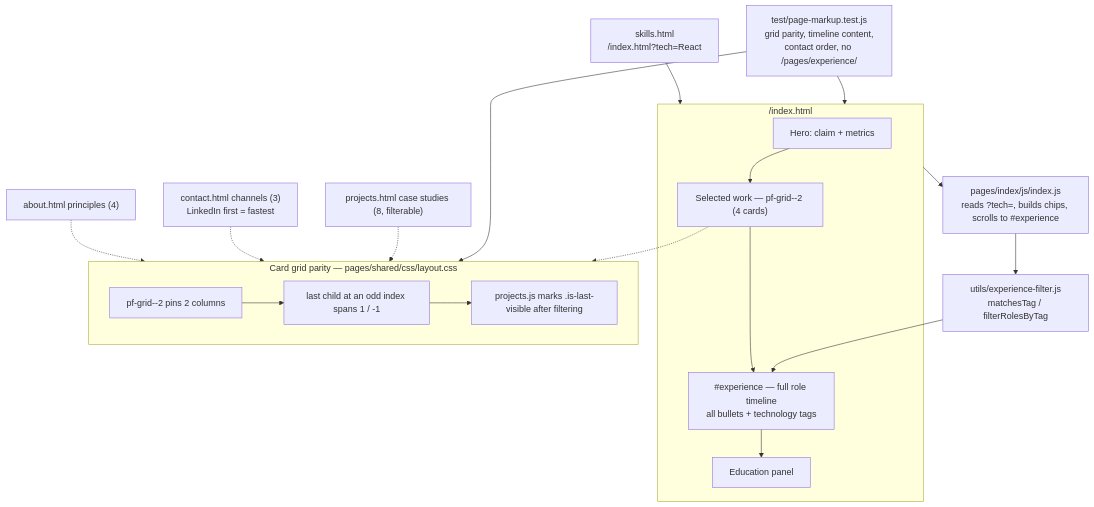
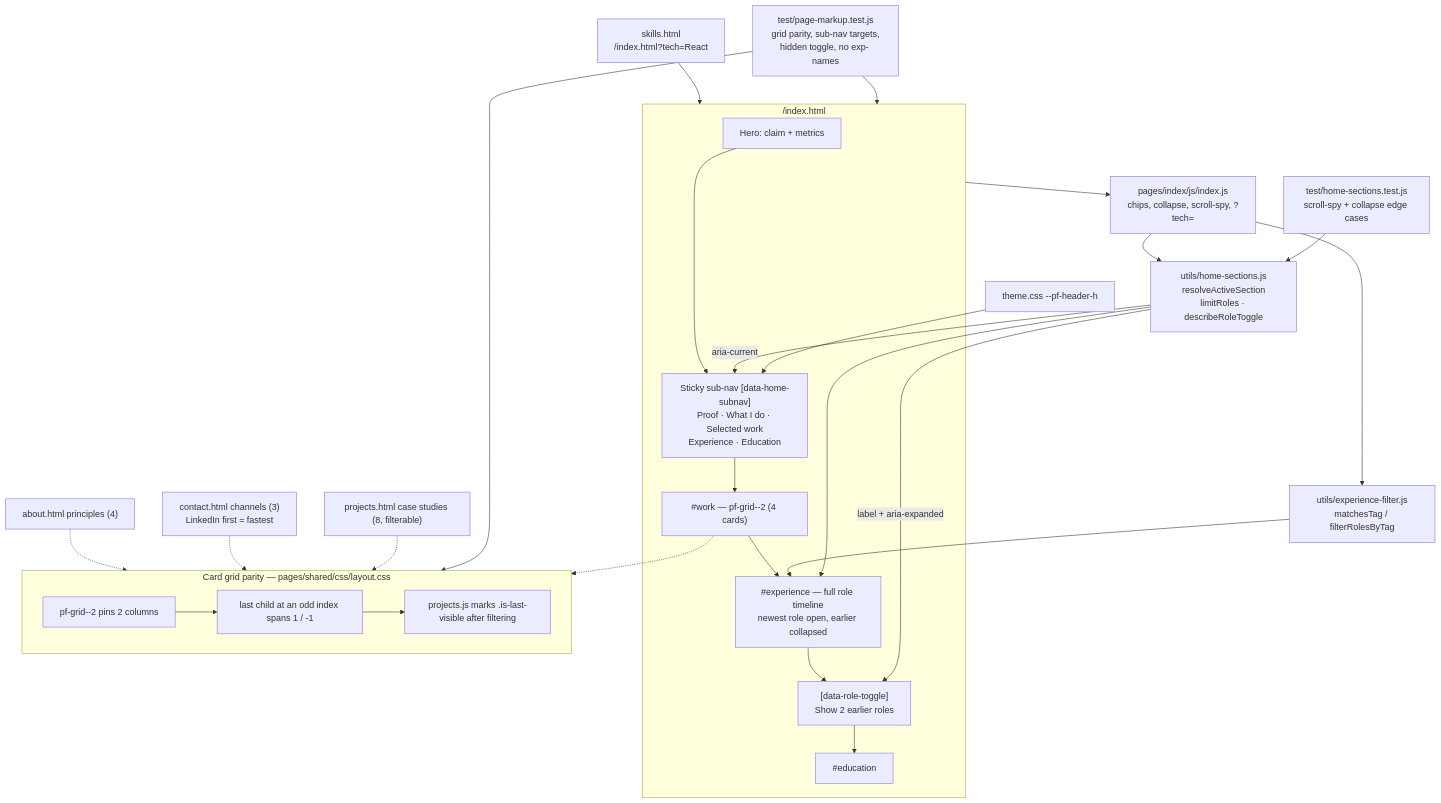
One commit to Jamieatucker/portfolio changed the diagram in diagrams/home-timeline-flow.mmd. Above: the diagram before and after it, drawn with Mermaid. The commit also changed 11 other files, not shown here.

First line of the commit message:
Document the home page length controls

```diff
--- a/diagrams/home-timeline-flow.mmd
+++ b/diagrams/home-timeline-flow.mmd
@@ -1,31 +1,40 @@
-%% Home page as the single proof surface, plus the card-grid parity rule
+%% Home page as the single proof surface: length controls + card-grid parity
 %% Render with: https://mermaid.live or any Mermaid-capable Markdown viewer
 flowchart TD
     SK["skills.html<br/>/index.html?tech=React"] --> IDX
 
     subgraph IDX["/index.html"]
         HERO["Hero: claim + metrics"]
-        FEAT["Selected work — pf-grid--2 (4 cards)"]
-        TL["#experience — full role timeline<br/>all bullets + technology tags"]
-        EDU["Education panel"]
-        HERO --> FEAT --> TL --> EDU
+        SUB["Sticky sub-nav [data-home-subnav]<br/>Proof · What I do · Selected work<br/>Experience · Education"]
+        FEAT["#work — pf-grid--2 (4 cards)"]
+        TL["#experience — full role timeline<br/>newest role open, earlier collapsed"]
+        BTN["[data-role-toggle]<br/>Show 2 earlier roles"]
+        EDU["#education"]
+        HERO --> SUB --> FEAT --> TL --> BTN --> EDU
     end
 
-    IDX --> JS["pages/index/js/index.js<br/>reads ?tech=, builds chips, scrolls to #experience"]
+    IDX --> JS["pages/index/js/index.js<br/>chips, collapse, scroll-spy, ?tech="]
     JS --> FILT["utils/experience-filter.js<br/>matchesTag / filterRolesByTag"]
+    JS --> SECT["utils/home-sections.js<br/>resolveActiveSection<br/>limitRoles · describeRoleToggle"]
     FILT --> TL
+    SECT --> TL
+    SECT -- "aria-current" --> SUB
+    SECT -- "label + aria-expanded" --> BTN
+
+    THEMETOK["theme.css --pf-header-h"] --> SUB
 
     subgraph GRID["Card grid parity — pages/shared/css/layout.css"]
         G1["pf-grid--2 pins 2 columns"]
         G2["last child at an odd index spans 1 / -1"]
         G3["projects.js marks .is-last-visible after filtering"]
         G1 --> G2 --> G3
     end
 
     FEAT -.-> GRID
     ABOUT["about.html principles (4)"] -.-> GRID
     CONTACT["contact.html channels (3)<br/>LinkedIn first = fastest"] -.-> GRID
     PROJ["projects.html case studies (8, filterable)"] -.-> GRID
 
-    TEST["test/page-markup.test.js<br/>grid parity, timeline content,<br/>contact order, no /pages/experience/"] --> IDX
+    UNIT["test/home-sections.test.js<br/>scroll-spy + collapse edge cases"] --> SECT
+    TEST["test/page-markup.test.js<br/>grid parity, sub-nav targets,<br/>hidden toggle, no exp- names"] --> IDX
     TEST --> GRID
```
